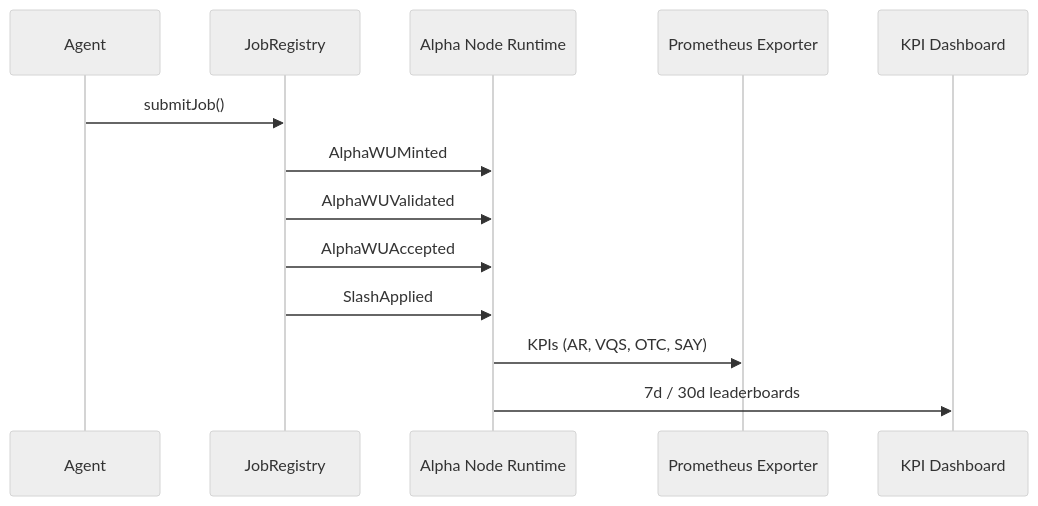
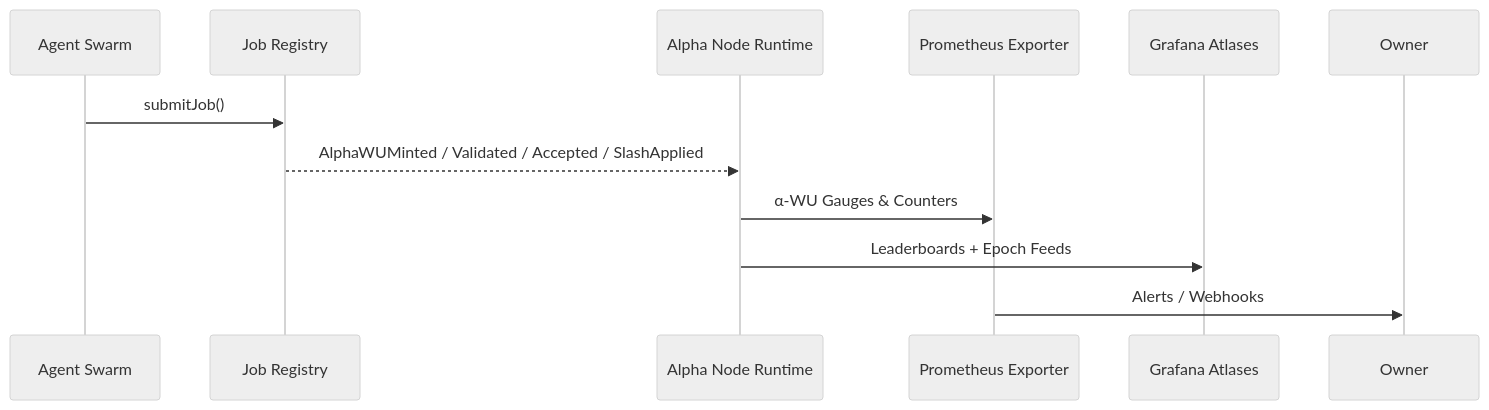
The third of 3 diagrams in README.md (MontrealAI/AGI-Alpha-Node-v0), drawn with Mermaid (neutral theme) before and after one commit. The commit also changed other lines of this file and 4 other files, not shown here.

````diff
--- a/README.md
+++ b/README.md
@@ -128,16 +156,14 @@
 ```mermaid
 sequenceDiagram
-  participant Agent as Agent
-  participant Registry as JobRegistry
-  participant Node as Alpha Node Runtime
+  participant Agent as Agent Swarm
+  participant Registry as Job Registry
+  participant Runtime as Alpha Node Runtime
   participant Telemetry as Prometheus Exporter
-  participant Dashboard as KPI Dashboard
+  participant Dash as Grafana Atlases
 
   Agent->>Registry: submitJob()
-  Registry->>Node: AlphaWUMinted
-  Registry->>Node: AlphaWUValidated
-  Registry->>Node: AlphaWUAccepted
-  Registry->>Node: SlashApplied
-  Node->>Telemetry: KPIs (AR, VQS, OTC, SAY)
-  Node->>Dashboard: 7d / 30d leaderboards
+  Registry-->>Runtime: AlphaWUMinted / Validated / Accepted / SlashApplied
+  Runtime->>Telemetry: α-WU Gauges & Counters
+  Runtime->>Dash: Leaderboards + Epoch Feeds
+  Telemetry->>Owner: Alerts / Webhooks
 ```
````
